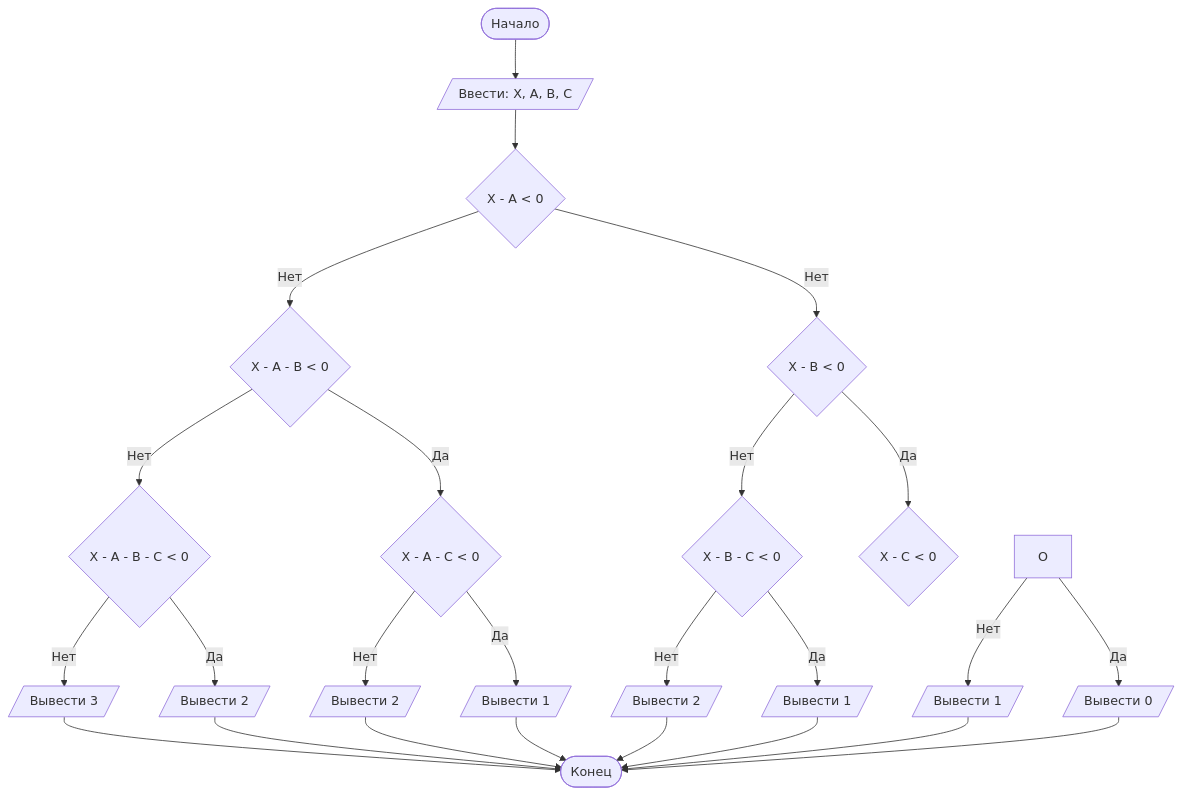
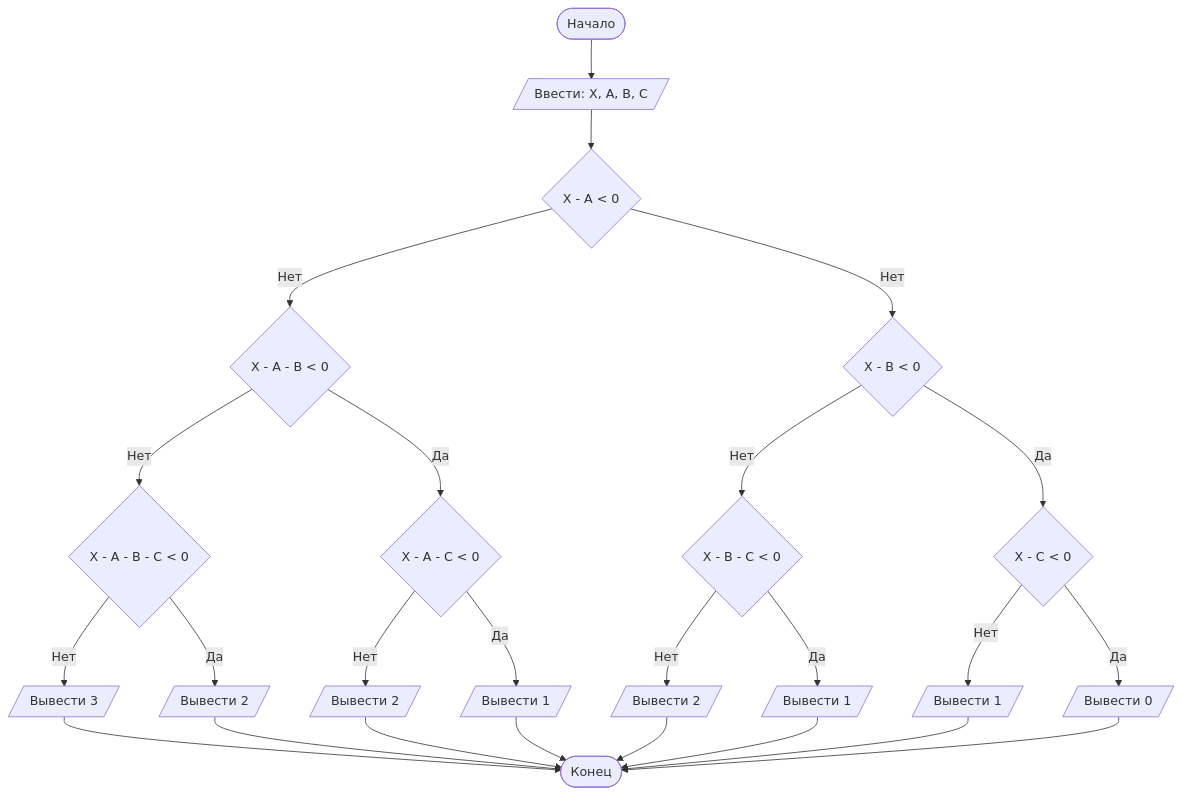
The diagram in README.md (GDcraft07/Lab1), drawn with Mermaid before and after one commit.

Commit message:
small edit

````diff
--- a/README.md
+++ b/README.md
@@ -99,29 +99,29 @@
 ```mermaid
 graph TD
     
     A([Начало]) --> B[/Ввести: X, A, B, C/]
     B --> C{X - A < 0}
     C -- Нет --> D{X - A - B < 0}
     D -- Нет --> E{X - A - B - C < 0}
     E -- Нет --> F[/Вывести 3/]
     E -- Да --> G[/Вывести 2/]
     D -- Да --> H{X - A - C < 0}
     H -- Нет --> I[/Вывести 2/]
     H -- Да --> J[/Вывести 1/]
     C -- Нет --> K{X - B < 0}
     K -- Нет --> L{X - B - C < 0}
     L -- Нет --> M[/Вывести 2/]
     L -- Да --> N[/Вывести 1/]
     K -- Да --> O{X - C < 0}
-    О -- Нет --> P[/Вывести 1/]
-    О -- Да --> Q[/Вывести 0/]
+    O -- Нет --> P[/Вывести 1/]
+    O -- Да --> Q[/Вывести 0/]
     F --> Z
     G --> Z
     I --> Z
     J --> Z
     M --> Z
     N --> Z
     P --> Z
     Q --> Z([Конец])
 
 ```
````
